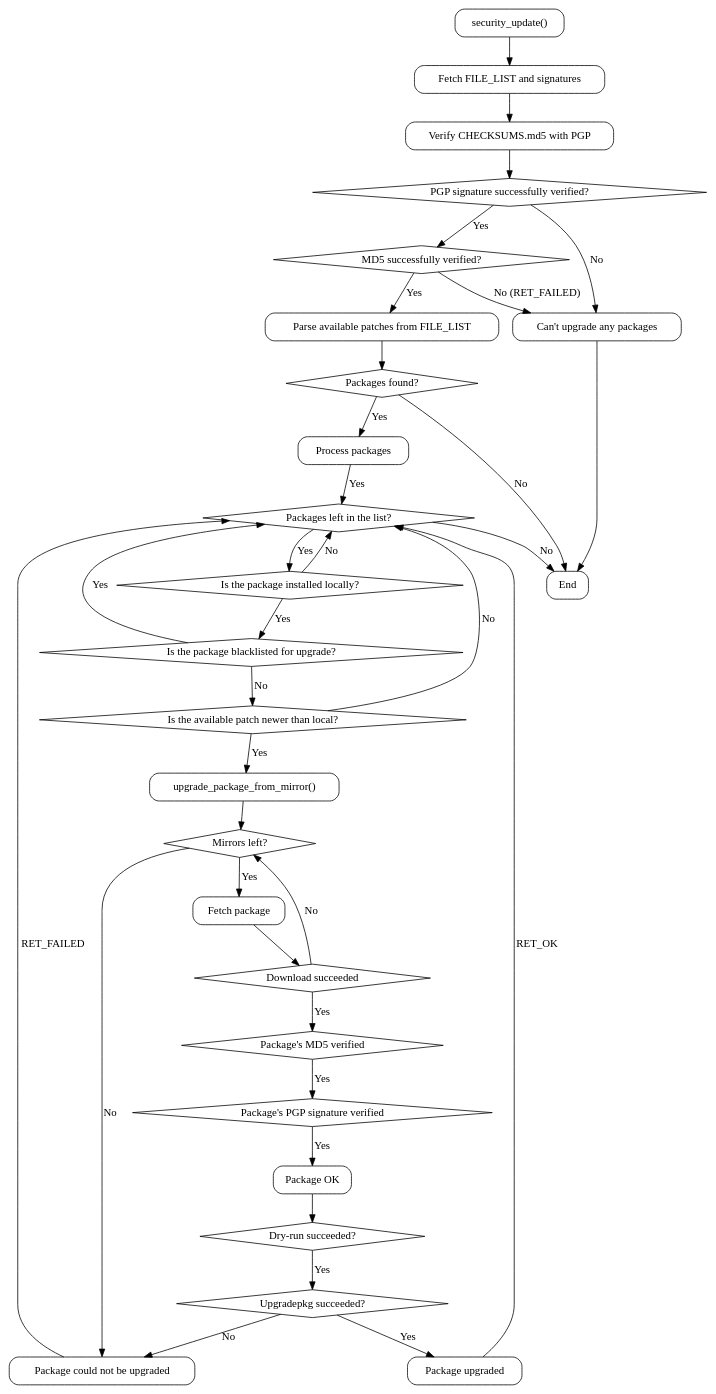
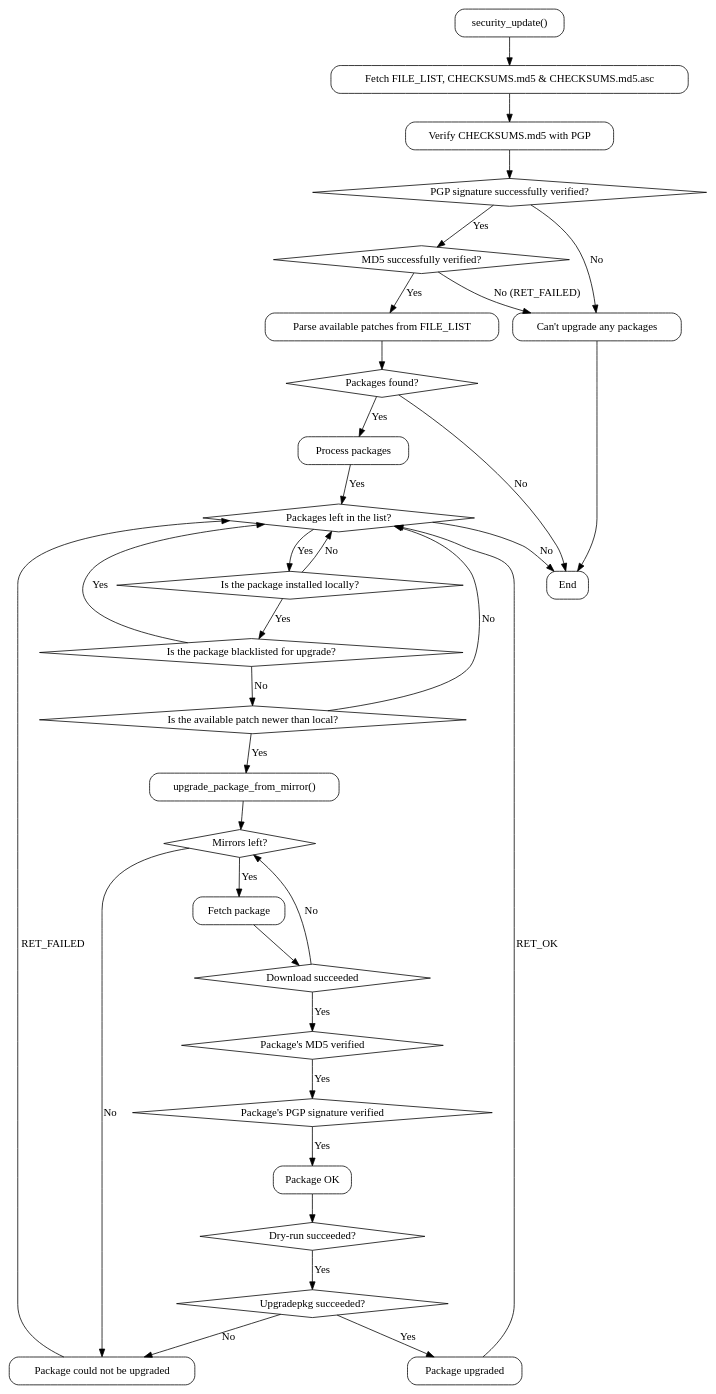
The diagram in how_it_works.dot (pyllyukko/swsp), drawn with Graphviz before and after one commit.

Commit message:
Specific list of downloaded files

```diff
--- a/how_it_works.dot
+++ b/how_it_works.dot
@@ -1,140 +1,140 @@
 /*
  * this is roughly how this script works:
  *
  *   - perform a bunch of sanity checks
  *   - detect the Slackware version and architecture in use
  *   - fetch the patches/FILE_LIST		file from $MAIN_MIRROR FTP
  *   - fetch the patches/CHECKSUMS.md5		file from $MAIN_MIRROR FTP
  *   - fetch the patches/CHECKSUMS.md5.asc	file from $MAIN_MIRROR FTP
  *   - verify the PGP signature of	CHECKSUMS.md5
  *   - verify the FILE_LIST MD5 from	CHECKSUMS.md5
  *   - at this point we should be confident that the patch list is authentic
  *   - read all available packages from FILE_LIST into $PACKAGES[] array
  *
  *   - go through the $PACKAGES[] array:
  *     - check if the package in question is installed on the local system
  *     - if $SELECT_UPDATES_INDIVIDUALLY is 1, let user choose whether to add
  *       the package to the $UPDATES[] array
  *     - go through the $UPDATE_BLACKLIST[] array to see if we should skip this
  *       patch
  *     - verify the slackware version tag in the package's revision field is
  *       correct, if available at all that is
  *     - if SKIP_VERSION_TEST is 0, perform version comparison against the
  *       currently installed versions with version_checker() and
  *       do_version_check() functions
  *       - if versions are the same, compare the revisions
  *     - if SKIP_VERSION_TEST is 1, just compare whether the versions are
  *       exactly same
  *   - add suitable packages to the $UPDATES[] array
  *   - print a brief summary about the packages in the $UPDATES[] array
  *
  *   - start processing the $UPDATES[] array:
  *     - try to fetch the SSA ID for the patch from www.slackware.com
  *     - check if the patch is a kernel upgrade, so we can notify the user that
  *       it needs some manual work
  *     - try all the $MIRRORS[] until the package and it's PGP signature file
  *       are downloaded
  *     - verify the package's MD5 from CHECKSUMS.md5 (note that CHECKSUMS.md5
  *       itself should already be verified at this point, also see
  *       $CHECKSUMS_VERIFIED variable)
  *     - verify the package's PGP signature
  *     - run upgradepkg with --dry-run first and the the real deal
  *     - if everything went well, add the applied patch to $UPGRADED_PACKAGES[]
  *       array, otherwise to the $FAILED_PACKAGES[] array
  *
  *   ... to be continued
  */
 digraph {
   start[shape="box", style=rounded];
   end[shape="box", style=rounded];
   fetch_FILE_LIST[shape="box", style=rounded];
   verify_checksums[shape="box", style=rounded];
   //verify_file_list[shape="box", style=rounded];
   md5_verified[shape="diamond", style=""];
   package_md5_verified[shape="diamond", style=""];
   package_pgp_verified[shape="diamond", style=""];
   package_ok[shape="box", style=rounded];
   pgp_verified[shape="diamond", style=""];
   fail[shape="box", style=rounded];
   parse_updates[shape="box", style=rounded];
   any_packages_found[shape="diamond", style=""];
   process_packages[shape="box", style=rounded];
   next_package[shape="diamond", style=""];
   is_package_installed[shape="diamond", style=""];
   is_package_blacklisted[shape="diamond", style=""];
   is_package_newer[shape="diamond", style=""];
   upgrade_package_from_mirror[shape="box", style=rounded];
   next_mirror[shape="diamond", style=""];
   package_upgrade_failed[shape="box", style=rounded];
   fetch_package[shape="box", style=rounded];
   download_success[shape="diamond", style=""];
   dry_run[shape="diamond", style=""];
   upgradepkg[shape="diamond", style=""];
   package_upgraded[shape="box", style=rounded];
 
   start -> fetch_FILE_LIST;
   fetch_FILE_LIST -> verify_checksums;
   verify_checksums -> pgp_verified;
   pgp_verified -> fail[label="No"];
   pgp_verified -> md5_verified[label="Yes"];
   /*
   pgp_verified -> verify_file_list[label="Yes"];
   verify_file_list -> md5_verified;
   */
   md5_verified -> fail[label="No (RET_FAILED)"];
   fail -> end;
   md5_verified -> parse_updates[label="Yes"];
   parse_updates -> any_packages_found;
   any_packages_found -> process_packages[label="Yes"];
   any_packages_found -> end[label="No"];
   process_packages -> next_package[label="Yes"];
   next_package -> is_package_installed[label="Yes"];
   next_package -> end[label="No"];
   is_package_installed -> next_package[label="No"];
   is_package_installed -> is_package_blacklisted[label="Yes"];
   is_package_blacklisted -> is_package_newer[label="No"];
   is_package_blacklisted -> next_package[label="Yes"];
   is_package_newer -> next_package[label="No"];
   is_package_newer -> upgrade_package_from_mirror[label="Yes"];
   upgrade_package_from_mirror -> next_mirror;
   next_mirror -> fetch_package[label="Yes"];
   next_mirror -> package_upgrade_failed[label="No"];
   fetch_package -> download_success;
   download_success -> next_mirror[label="No"];
   download_success -> package_md5_verified[label="Yes"];
   package_md5_verified -> package_pgp_verified[label="Yes"];
   package_pgp_verified -> package_ok[label="Yes"];
   package_ok -> dry_run;
   dry_run -> upgradepkg[label="Yes"];
   upgradepkg -> package_upgraded[label="Yes"];
   upgradepkg -> package_upgrade_failed[label="No"];
   package_upgraded -> next_package[label="RET_OK"];
   package_upgrade_failed -> next_package[label="RET_FAILED"];
 
   start[label="security_update()"];
   end[label="End"];
-  fetch_FILE_LIST[label="Fetch FILE_LIST and signatures"];
+  fetch_FILE_LIST[label="Fetch FILE_LIST, CHECKSUMS.md5 & CHECKSUMS.md5.asc"];
   verify_checksums[label="Verify CHECKSUMS.md5 with PGP"];
   //verify_file_list[label="Verify FILE_LIST's MD5"];
   md5_verified[label="MD5 successfully verified?"];
   pgp_verified[label="PGP signature successfully verified?"];
   fail[label="Can't upgrade any packages"];
   parse_updates[label="Parse available patches from FILE_LIST"];
   any_packages_found[label="Packages found?"];
   process_packages[label="Process packages"];
   next_package[label="Packages left in the list?"];
   is_package_installed[label="Is the package installed locally?"];
   is_package_blacklisted[label="Is the package blacklisted for upgrade?"];
   is_package_newer[label="Is the available patch newer than local?"];
   upgrade_package_from_mirror[label="upgrade_package_from_mirror()"];
   package_upgrade_failed[label="Package could not be upgraded"];
   next_mirror[label="Mirrors left?"];
   fetch_package[label="Fetch package"];
   download_success[label="Download succeeded"];
   package_md5_verified[label="Package's MD5 verified"];
   package_pgp_verified[label="Package's PGP signature verified"];
   package_ok[label="Package OK"];
   dry_run[label="Dry-run succeeded?"];
   upgradepkg[label="Upgradepkg succeeded?"];
   package_upgraded[label="Package upgraded"];
 }
```
